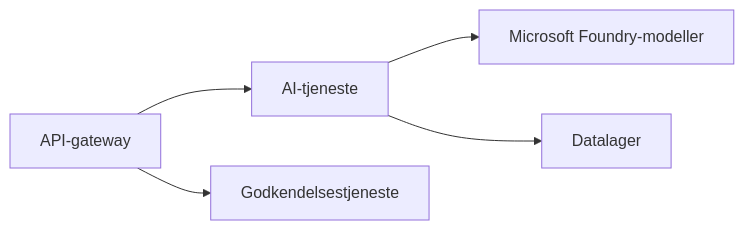
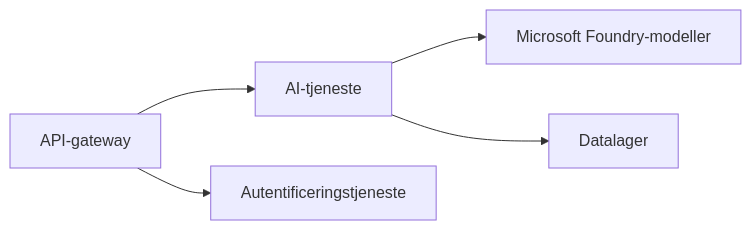
Before and after one commit to microsoft/AZD-for-beginners: the first of 2 diagrams in translations/da/docs/chapter-08-production/README.md, drawn with Mermaid. The commit also changed other lines of this file and 104 other files, not shown here.

````diff
--- a/translations/da/docs/chapter-08-production/README.md
+++ b/translations/da/docs/chapter-08-production/README.md
@@ -48,6 +48,6 @@
 ```mermaid
 graph LR
     Gateway[API-gateway] --> AI[AI-tjeneste] --> Models[Microsoft Foundry-modeller]
-    Gateway --> Auth[Godkendelsestjeneste]
+    Gateway --> Auth[Autentificeringstjeneste]
     AI --> Data[Datalager]
 ```
````
